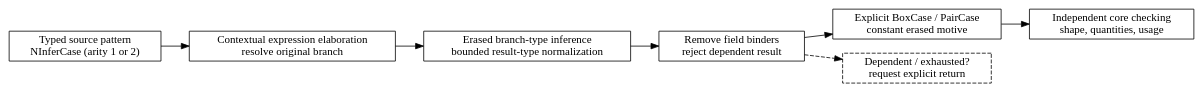
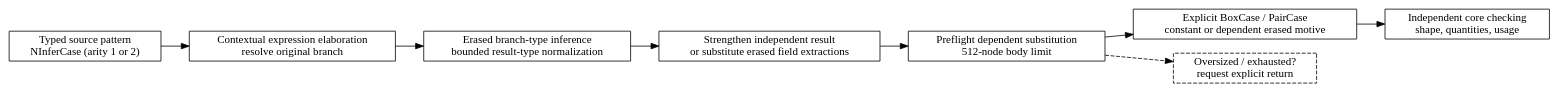
One commit to odunboye/fibril changed the diagram in docs/diagrams/pattern-inference.dot. Above: the diagram before and after it, drawn with Graphviz. The commit also changed 14 other files, not shown here.

Commit message:
Infer bounded canonical dependent motives using erased record extractions

```diff
--- a/docs/diagrams/pattern-inference.dot
+++ b/docs/diagrams/pattern-inference.dot
@@ -1,13 +1,14 @@
 digraph PatternInference {
   rankdir=LR;
   node [shape=box];
   parse [label="Typed source pattern\nNInferCase (arity 1 or 2)"];
   context [label="Contextual expression elaboration\nresolve original branch"];
   infer [label="Erased branch-type inference\nbounded result-type normalization"];
-  scope [label="Remove field binders\nreject dependent result"];
-  core [label="Explicit BoxCase / PairCase\nconstant erased motive"];
+  scope [label="Strengthen independent result\nor substitute erased field extractions"];
+  budget [label="Preflight dependent substitution\n512-node body limit"];
+  core [label="Explicit BoxCase / PairCase\nconstant or dependent erased motive"];
   check [label="Independent core checking\nshape, quantities, usage"];
-  parse -> context -> infer -> scope -> core -> check;
-  explicit [label="Dependent / exhausted?\nrequest explicit return", style=dashed];
-  scope -> explicit [style=dashed];
+  parse -> context -> infer -> scope -> budget -> core -> check;
+  explicit [label="Oversized / exhausted?\nrequest explicit return", style=dashed];
+  budget -> explicit [style=dashed];
 }
```
